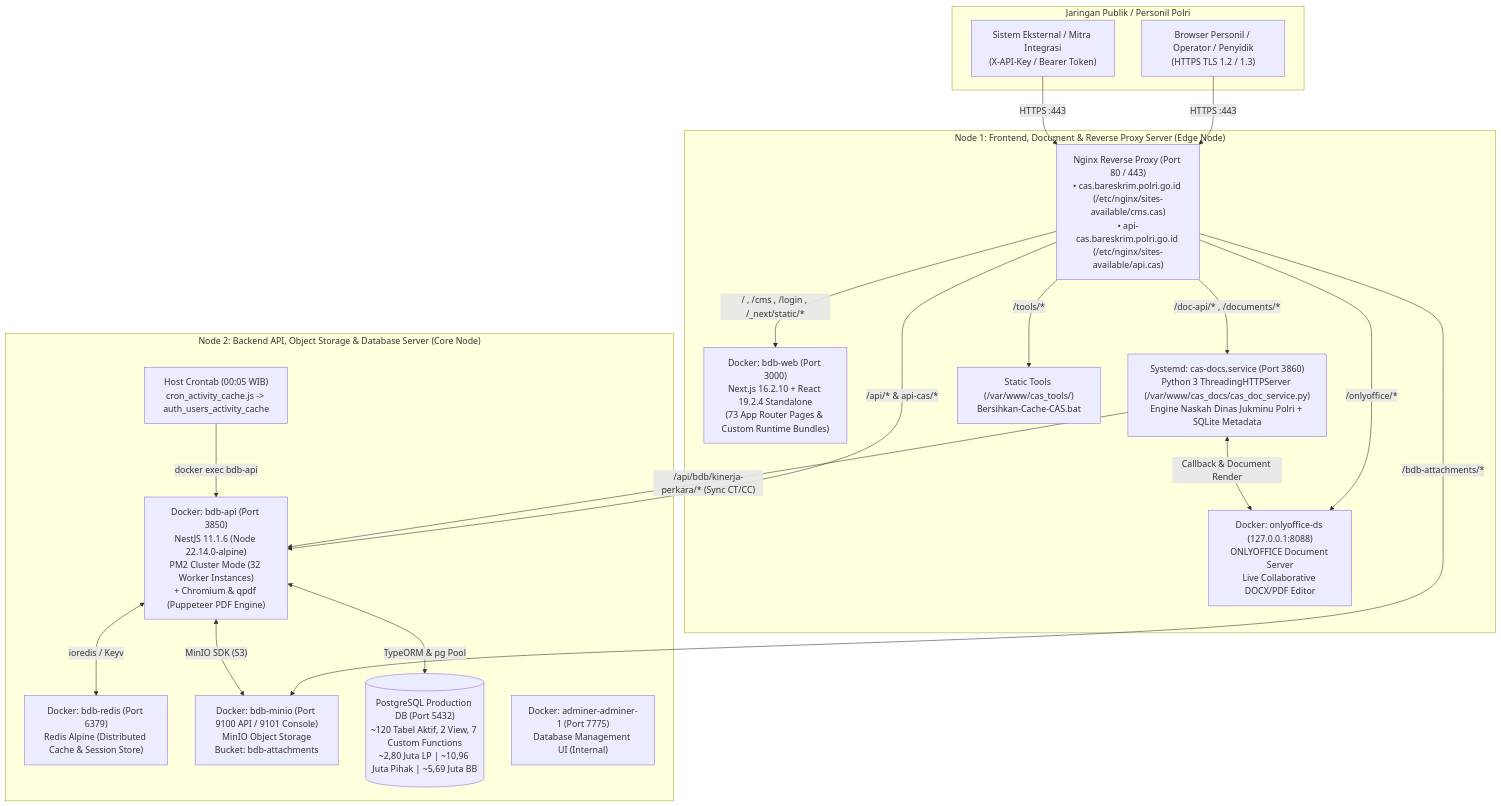
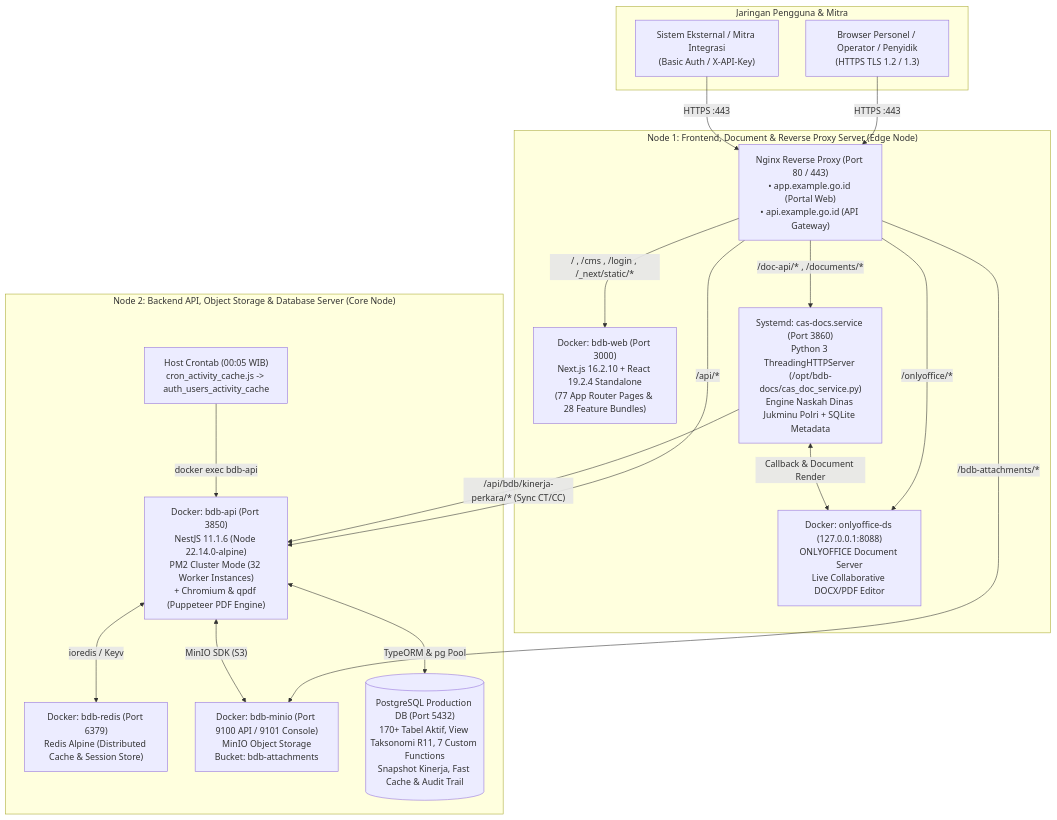
One commit to omeko42/big-data-binops changed the diagram in docs/SERVER_ARCHITECTURE_AND_INVENTORY.md. Above: the diagram before and after it, drawn with Mermaid. The commit also changed other lines of this file and 40 other files, not shown here.

````diff
--- a/docs/SERVER_ARCHITECTURE_AND_INVENTORY.md
+++ b/docs/SERVER_ARCHITECTURE_AND_INVENTORY.md
@@ -13,42 +13,39 @@
 ```mermaid
 flowchart TB
-    subgraph Internet ["Jaringan Publik / Personil Polri"]
-        Client["Browser Personil / Operator / Penyidik\n(HTTPS TLS 1.2 / 1.3)"]
-        ExtSys["Sistem Eksternal / Mitra Integrasi\n(X-API-Key / Bearer Token)"]
+    subgraph Internet ["Jaringan Pengguna & Mitra"]
+        Client["Browser Personel / Operator / Penyidik\n(HTTPS TLS 1.2 / 1.3)"]
+        ExtSys["Sistem Eksternal / Mitra Integrasi\n(Basic Auth / X-API-Key)"]
     end
 
     subgraph FENode ["Node 1: Frontend, Document & Reverse Proxy Server (Edge Node)"]
-        Nginx["Nginx Reverse Proxy (Port 80 / 443)\n• cas.bareskrim.polri.go.id (/etc/nginx/sites-available/cms.cas)\n• api-cas.bareskrim.polri.go.id (/etc/nginx/sites-available/api.cas)"]
-        BdbWeb["Docker: bdb-web (Port 3000)\nNext.js 16.2.10 + React 19.2.4 Standalone\n(73 App Router Pages & Custom Runtime Bundles)"]
-        CasDocs["Systemd: cas-docs.service (Port 3860)\nPython 3 ThreadingHTTPServer (/var/www/cas_docs/cas_doc_service.py)\nEngine Naskah Dinas Jukminu Polri + SQLite Metadata"]
+        Nginx["Nginx Reverse Proxy (Port 80 / 443)\n• app.example.go.id (Portal Web)\n• api.example.go.id (API Gateway)"]
+        BdbWeb["Docker: bdb-web (Port 3000)\nNext.js 16.2.10 + React 19.2.4 Standalone\n(77 App Router Pages & 28 Feature Bundles)"]
+        CasDocs["Systemd: cas-docs.service (Port 3860)\nPython 3 ThreadingHTTPServer (/opt/bdb-docs/cas_doc_service.py)\nEngine Naskah Dinas Jukminu Polri + SQLite Metadata"]
         OnlyOffice["Docker: onlyoffice-ds (127.0.0.1:8088)\nONLYOFFICE Document Server\nLive Collaborative DOCX/PDF Editor"]
-        CasTools["Static Tools (/var/www/cas_tools/)\nBersihkan-Cache-CAS.bat"]
     end
 
     subgraph BENode ["Node 2: Backend API, Object Storage & Database Server (Core Node)"]
         BdbApi["Docker: bdb-api (Port 3850)\nNestJS 11.1.6 (Node 22.14.0-alpine)\nPM2 Cluster Mode (32 Worker Instances)\n+ Chromium & qpdf (Puppeteer PDF Engine)"]
         BdbRedis["Docker: bdb-redis (Port 6379)\nRedis Alpine (Distributed Cache & Session Store)"]
         BdbMinio["Docker: bdb-minio (Port 9100 API / 9101 Console)\nMinIO Object Storage\nBucket: bdb-attachments"]
-        Postgres[("PostgreSQL Production DB (Port 5432)\n~120 Tabel Aktif, 2 View, 7 Custom Functions\n~2,80 Juta LP | ~10,96 Juta Pihak | ~5,69 Juta BB")]
+        Postgres[("PostgreSQL Production DB (Port 5432)\n170+ Tabel Aktif, View Taksonomi R11, 7 Custom Functions\nSnapshot Kinerja, Fast Cache & Audit Trail")]
         CronBe["Host Crontab (00:05 WIB)\ncron_activity_cache.js -> auth_users_activity_cache"]
-        Adminer["Docker: adminer-adminer-1 (Port 7775)\nDatabase Management UI (Internal)"]
     end
 
     Client -->|HTTPS :443| Nginx
     ExtSys -->|HTTPS :443| Nginx
 
     Nginx -->|"/ , /cms , /login , /_next/static/*"| BdbWeb
     Nginx -->|"/doc-api/* , /documents/*"| CasDocs
     Nginx -->|"/onlyoffice/*"| OnlyOffice
-    Nginx -->|"/tools/*"| CasTools
-    Nginx -->|"/api/* & api-cas/*"| BdbApi
+    Nginx -->|"/api/*"| BdbApi
     Nginx -->|"/bdb-attachments/*"| BdbMinio
 
     CasDocs <-->|"Callback & Document Render"| OnlyOffice
     CasDocs -->|"/api/bdb/kinerja-perkara/* (Sync CT/CC)"| BdbApi
 
     BdbApi <-->|"TypeORM & pg Pool"| Postgres
     BdbApi <-->|"ioredis / Keyv"| BdbRedis
     BdbApi <-->|"MinIO SDK (S3)"| BdbMinio
     CronBe -->|"docker exec bdb-api"| BdbApi
 ```
````
